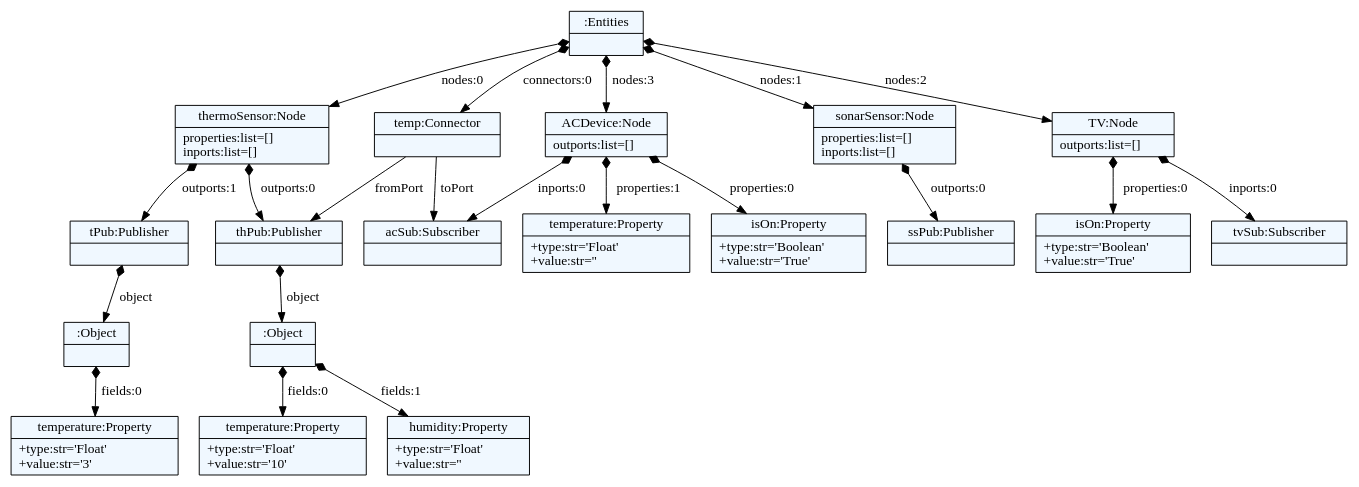
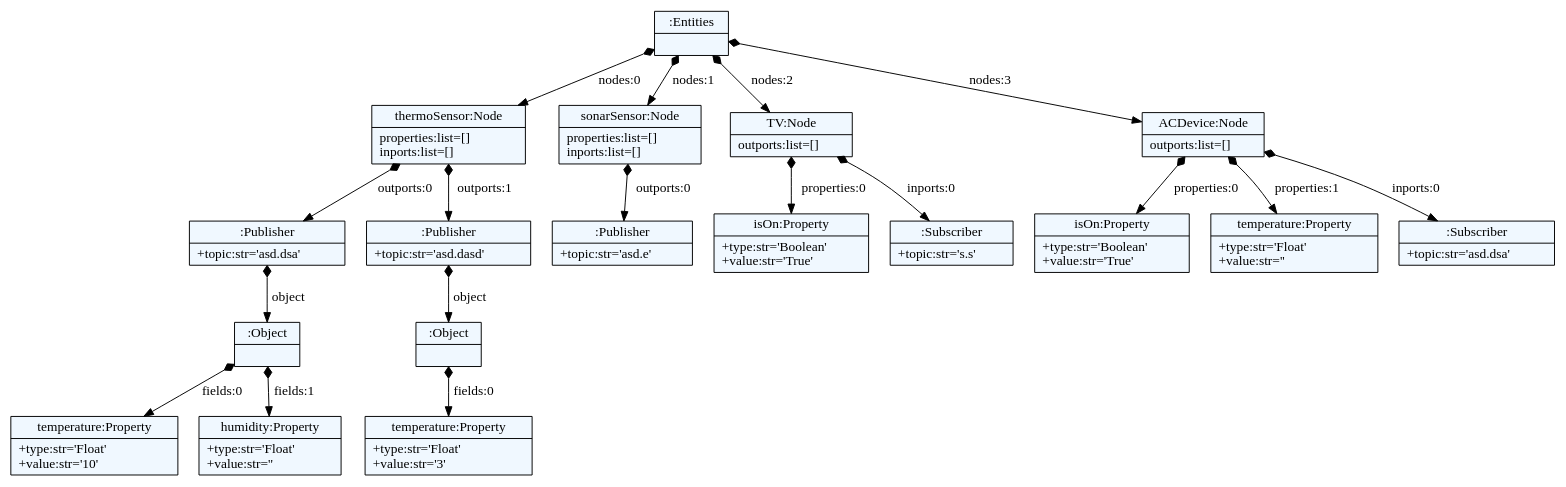
One commit to xanthoko/meco changed the diagram in nodem/models/nodes.dot. Above: the diagram before and after it, drawn with Graphviz. The commit also changed 8 other files, not shown here.

Commit message:
💡 Add topic field in subscribers and publishers and remove the connector entity

```diff
--- a/nodem/models/nodes.dot
+++ b/nodem/models/nodes.dot
@@ -1,54 +1,50 @@
 
     digraph textX {
     fontname = "Bitstream Vera Sans"
     fontsize = 8
     node[
         shape=record,
         style=filled,
         fillcolor=aliceblue
     ]
     nodesep = 0.3
     edge[dir=black,arrowtail=empty]
 
 
-4475618304 -> 4475687072 [label="nodes:0" arrowtail=diamond dir=both]
-4475687072 -> 4475687216 [label="outports:0" arrowtail=diamond dir=both]
-4475687216 -> 4475687360 [label="object" arrowtail=diamond dir=both]
-4475687360 -> 4475687552 [label="fields:0" arrowtail=diamond dir=both]
-4475687552[label="{temperature:Property|+type:str='Float'\l+value:str='10'\l}"]
-4475687360 -> 4475687600 [label="fields:1" arrowtail=diamond dir=both]
-4475687600[label="{humidity:Property|+type:str='Float'\l+value:str=''\l}"]
-4475687360[label="{:Object|}"]
-4475687216[label="{thPub:Publisher|}"]
-4475687072 -> 4475687312 [label="outports:1" arrowtail=diamond dir=both]
-4475687312 -> 4475687696 [label="object" arrowtail=diamond dir=both]
-4475687696 -> 4475687888 [label="fields:0" arrowtail=diamond dir=both]
-4475687888[label="{temperature:Property|+type:str='Float'\l+value:str='3'\l}"]
-4475687696[label="{:Object|}"]
-4475687312[label="{tPub:Publisher|}"]
-4475687072[label="{thermoSensor:Node|properties:list=[]\linports:list=[]\l}"]
-4475618304 -> 4475687456 [label="nodes:1" arrowtail=diamond dir=both]
-4475687456 -> 4475687648 [label="outports:0" arrowtail=diamond dir=both]
-4475687648[label="{ssPub:Publisher|}"]
-4475687456[label="{sonarSensor:Node|properties:list=[]\linports:list=[]\l}"]
-4475618304 -> 4475687120 [label="nodes:2" arrowtail=diamond dir=both]
-4475687120 -> 4475687936 [label="properties:0" arrowtail=diamond dir=both]
-4475687936[label="{isOn:Property|+type:str='Boolean'\l+value:str='True'\l}"]
-4475687120 -> 4475687984 [label="inports:0" arrowtail=diamond dir=both]
-4475687984[label="{tvSub:Subscriber|}"]
-4475687120[label="{TV:Node|outports:list=[]\l}"]
-4475618304 -> 4475687168 [label="nodes:3" arrowtail=diamond dir=both]
-4475687168 -> 4475688128 [label="properties:0" arrowtail=diamond dir=both]
-4475688128[label="{isOn:Property|+type:str='Boolean'\l+value:str='True'\l}"]
-4475687168 -> 4475688176 [label="properties:1" arrowtail=diamond dir=both]
-4475688176[label="{temperature:Property|+type:str='Float'\l+value:str=''\l}"]
-4475687168 -> 4475688224 [label="inports:0" arrowtail=diamond dir=both]
-4475688224[label="{acSub:Subscriber|}"]
-4475687168[label="{ACDevice:Node|outports:list=[]\l}"]
-4475618304 -> 4475687840 [label="connectors:0" arrowtail=diamond dir=both]
-4475687840 -> 4475687216 [label="fromPort" ]
-4475687840 -> 4475688224 [label="toPort" ]
-4475687840[label="{temp:Connector|}"]
-4475618304[label="{:Entities|}"]
+4349015712 -> 4349016816 [label="nodes:0" arrowtail=diamond dir=both]
+4349016816 -> 4349014848 [label="outports:0" arrowtail=diamond dir=both]
+4349014848 -> 4349015664 [label="object" arrowtail=diamond dir=both]
+4349015664 -> 4349015952 [label="fields:0" arrowtail=diamond dir=both]
+4349015952[label="{temperature:Property|+type:str='Float'\l+value:str='10'\l}"]
+4349015664 -> 4349014272 [label="fields:1" arrowtail=diamond dir=both]
+4349014272[label="{humidity:Property|+type:str='Float'\l+value:str=''\l}"]
+4349015664[label="{:Object|}"]
+4349014848[label="{:Publisher|+topic:str='asd.dsa'\l}"]
+4349016816 -> 4349015472 [label="outports:1" arrowtail=diamond dir=both]
+4349015472 -> 4349014656 [label="object" arrowtail=diamond dir=both]
+4349014656 -> 4346403040 [label="fields:0" arrowtail=diamond dir=both]
+4346403040[label="{temperature:Property|+type:str='Float'\l+value:str='3'\l}"]
+4349014656[label="{:Object|}"]
+4349015472[label="{:Publisher|+topic:str='asd.dasd'\l}"]
+4349016816[label="{thermoSensor:Node|properties:list=[]\linports:list=[]\l}"]
+4349015712 -> 4349017056 [label="nodes:1" arrowtail=diamond dir=both]
+4349017056 -> 4349014608 [label="outports:0" arrowtail=diamond dir=both]
+4349014608[label="{:Publisher|+topic:str='asd.e'\l}"]
+4349017056[label="{sonarSensor:Node|properties:list=[]\linports:list=[]\l}"]
+4349015712 -> 4349017104 [label="nodes:2" arrowtail=diamond dir=both]
+4349017104 -> 4346401840 [label="properties:0" arrowtail=diamond dir=both]
+4346401840[label="{isOn:Property|+type:str='Boolean'\l+value:str='True'\l}"]
+4349017104 -> 4348500048 [label="inports:0" arrowtail=diamond dir=both]
+4348500048[label="{:Subscriber|+topic:str='s.s'\l}"]
+4349017104[label="{TV:Node|outports:list=[]\l}"]
+4349015712 -> 4349014800 [label="nodes:3" arrowtail=diamond dir=both]
+4349014800 -> 4348498656 [label="properties:0" arrowtail=diamond dir=both]
+4348498656[label="{isOn:Property|+type:str='Boolean'\l+value:str='True'\l}"]
+4349014800 -> 4348500144 [label="properties:1" arrowtail=diamond dir=both]
+4348500144[label="{temperature:Property|+type:str='Float'\l+value:str=''\l}"]
+4349014800 -> 4348905120 [label="inports:0" arrowtail=diamond dir=both]
+4348905120[label="{:Subscriber|+topic:str='asd.dsa'\l}"]
+4349014800[label="{ACDevice:Node|outports:list=[]\l}"]
+4349015712[label="{:Entities|}"]
 
 }
```
